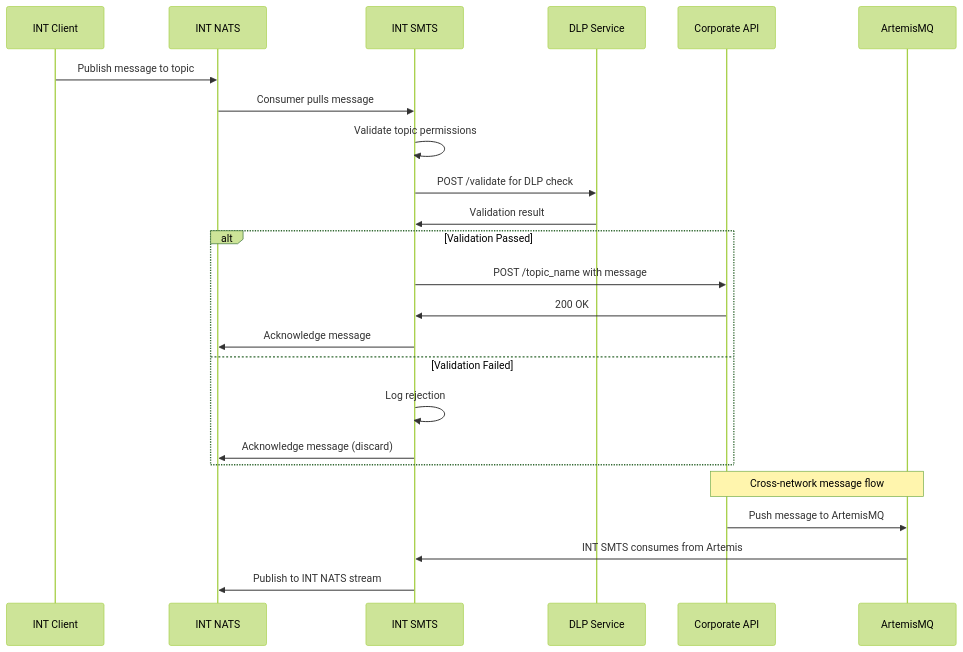
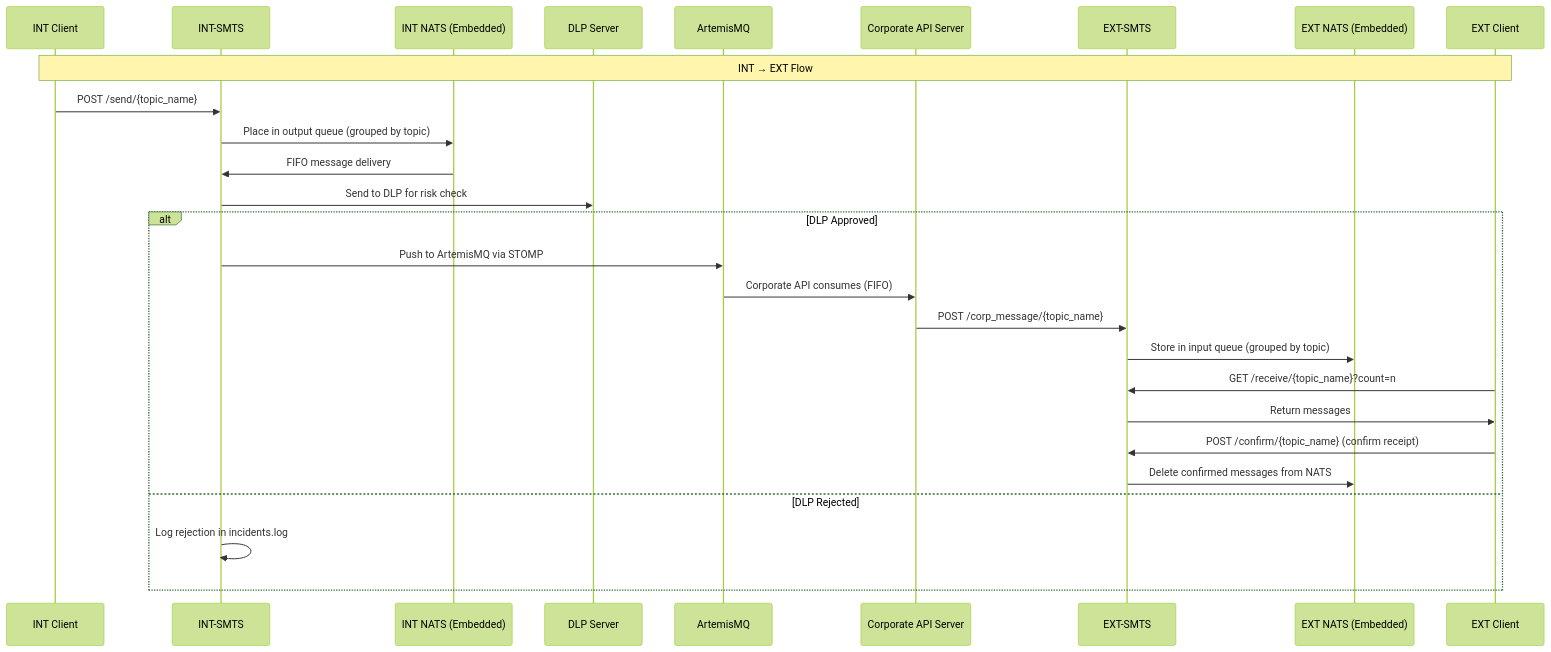
The second of 4 diagrams in README.md (GusevVlad/smts), drawn with Mermaid (forest theme) before and after one commit. The commit also changed other lines of this file and 14 other files, not shown here.

````diff
--- a/README.md
+++ b/README.md
@@ -95,28 +61,30 @@
 ```mermaid
 sequenceDiagram
-    participant C as INT Client
-    participant N as INT NATS
-    participant S as INT SMTS
-    participant D as DLP Service
-    participant A as Corporate API
-    participant M as ArtemisMQ
+    participant IC as INT Client
+    participant IS as INT-SMTS
+    participant IN as INT NATS (Embedded)
+    participant DL as DLP Server
+    participant AM as ArtemisMQ
+    participant CA as Corporate API Server
+    participant ES as EXT-SMTS
+    participant EN as EXT NATS (Embedded)
+    participant EC as EXT Client
 
-    C->>N: Publish message to topic
-    N->>S: Consumer pulls message
-    S->>S: Validate topic permissions
-    S->>D: POST /validate for DLP check
-    D->>S: Validation result
-    alt Validation Passed
-        S->>A: POST /topic_name with message
-        A->>S: 200 OK
-        S->>N: Acknowledge message
-    else Validation Failed
-        S->>S: Log rejection
-        S->>N: Acknowledge message (discard)
+    Note over IC,EC: INT → EXT Flow
+    IC->>IS: POST /send/{topic_name}
+    IS->>IN: Place in output queue (grouped by topic)
+    IN->>IS: FIFO message delivery
+    IS->>DL: Send to DLP for risk check
+    alt DLP Approved
+        IS->>AM: Push to ArtemisMQ via STOMP
+        AM->>CA: Corporate API consumes (FIFO)
+        CA->>ES: POST /corp_message/{topic_name}
+        ES->>EN: Store in input queue (grouped by topic)
+        EC->>ES: GET /receive/{topic_name}?count=n
+        ES->>EC: Return messages
+        EC->>ES: POST /confirm/{topic_name} (confirm receipt)
+        ES->>EN: Delete confirmed messages from NATS
+    else DLP Rejected
+        IS->>IS: Log rejection in incidents.log
     end
-
-    Note over A,M: Cross-network message flow
-    A->>M: Push message to ArtemisMQ
-    M->>S: INT SMTS consumes from Artemis
-    S->>N: Publish to INT NATS stream
 ```
````
